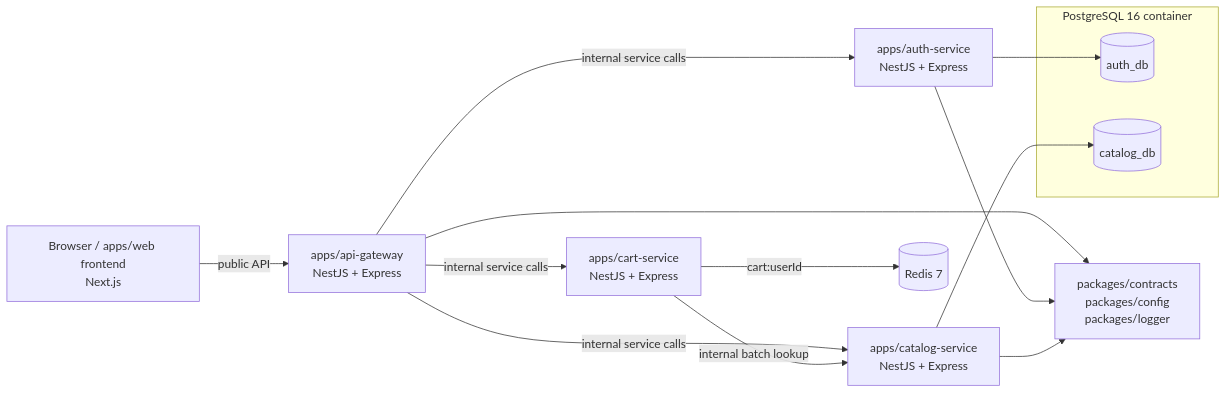
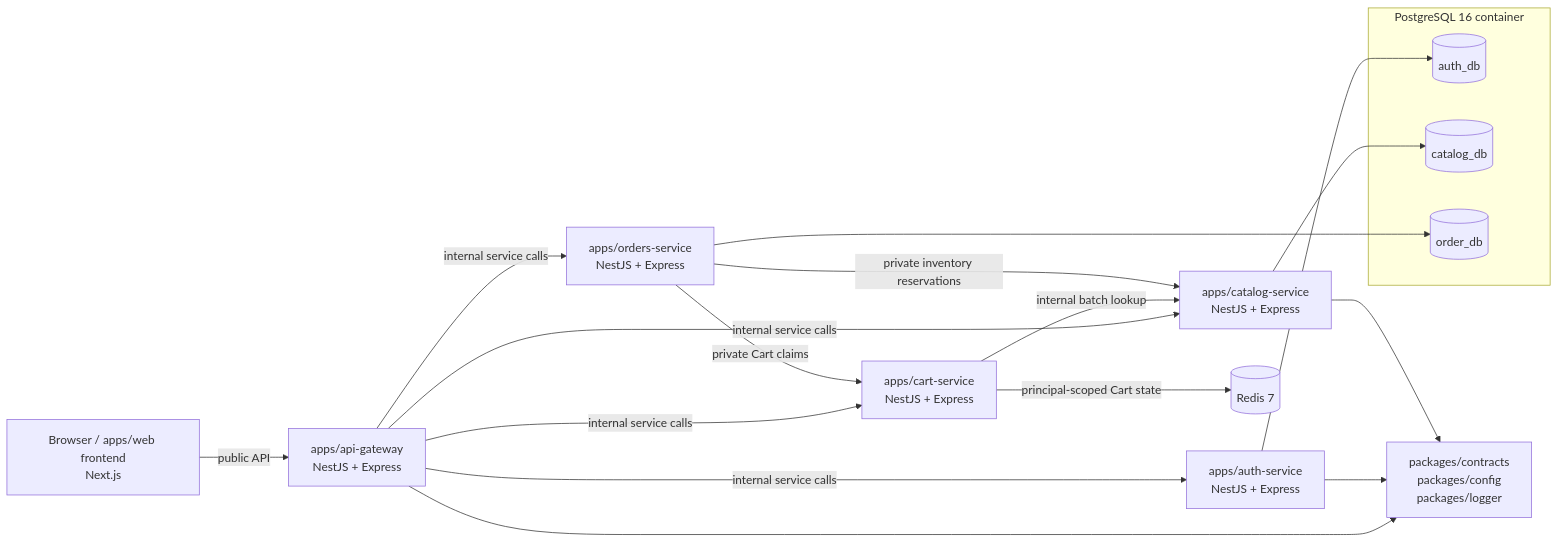
One commit to kevinsrb/NexoCommerce changed the diagram in README.md. Above: the diagram before and after it, drawn with Mermaid. The commit also changed other lines of this file and 6 other files, not shown here.

````diff
--- a/README.md
+++ b/README.md
@@ -7,21 +7,26 @@
 ```mermaid
 flowchart LR
   Client[Browser / apps/web frontend\nNext.js] -->|public API| Gateway[apps/api-gateway\nNestJS + Express]
   Gateway -->|internal service calls| Auth[apps/auth-service\nNestJS + Express]
   Gateway -->|internal service calls| Catalog[apps/catalog-service\nNestJS + Express]
   Gateway -->|internal service calls| Cart[apps/cart-service\nNestJS + Express]
-  Cart -->|cart:userId| Redis[(Redis 7)]
+  Gateway -->|internal service calls| Orders[apps/orders-service\nNestJS + Express]
+  Cart -->|principal-scoped Cart state| Redis[(Redis 7)]
   Cart -->|internal batch lookup| Catalog
+  Orders -->|private Cart claims| Cart
+  Orders -->|private inventory reservations| Catalog
 
   Gateway --> Shared[packages/contracts\npackages/config\npackages/logger]
   Auth --> Shared
   Catalog --> Shared
 
   subgraph Postgres[PostgreSQL 16 container]
     AuthDB[(auth_db)]
     CatalogDB[(catalog_db)]
+    OrderDB[(order_db)]
   end
 
   Auth --> AuthDB
   Catalog --> CatalogDB
+  Orders --> OrderDB
 ```
````
